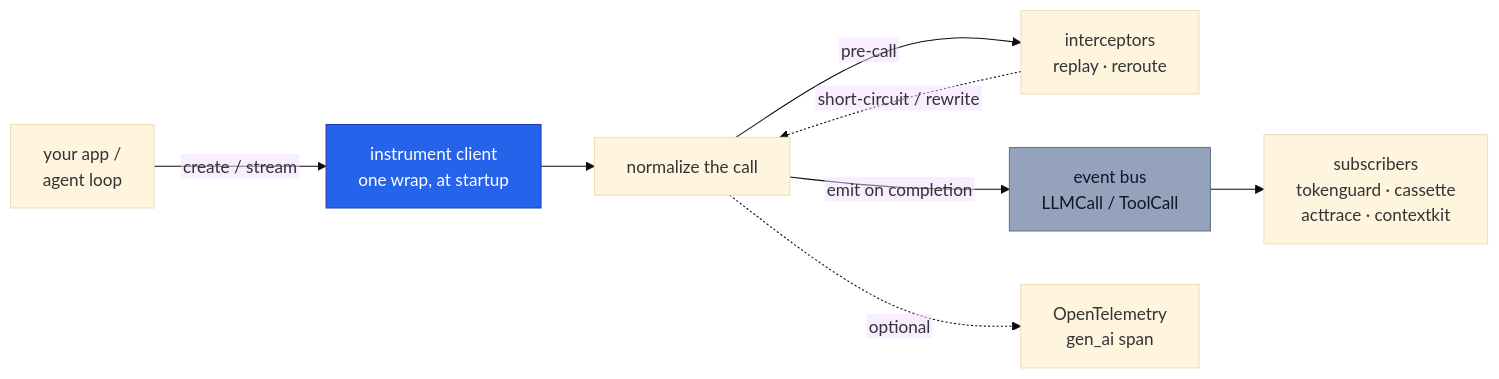
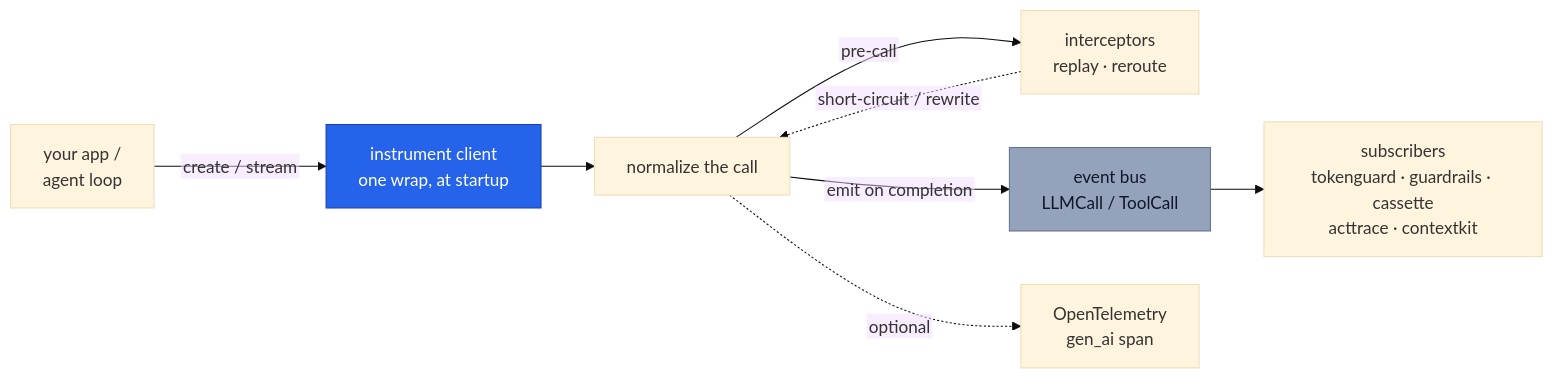
The diagram in docs/core.md (cendorhq/cendor-libs), drawn with Mermaid (base theme) before and after one commit. The commit also changed other lines of this file and 11 other files, not shown here.

````diff
--- a/docs/core.md
+++ b/docs/core.md
@@ -301,22 +301,22 @@
 ```mermaid
 %%{init: {"flowchart": {"htmlLabels": false}} }%%
 graph LR
     APP["your app /<br/>agent loop"]
     WRAP["instrument client<br/>one wrap, at startup"]
     SEAM["normalize the call"]
     INT["interceptors<br/>replay · reroute"]
     BUS["event bus<br/>LLMCall / ToolCall"]
-    SUBS["subscribers<br/>tokenguard · cassette<br/>acttrace · contextkit"]
+    SUBS["subscribers<br/>tokenguard · guardrails · cassette<br/>acttrace · contextkit"]
     OT["OpenTelemetry<br/>gen_ai span"]
 
     APP -->|"create / stream"| WRAP --> SEAM
     SEAM -->|"pre-call"| INT
     INT -.->|"short-circuit / rewrite"| SEAM
     SEAM -->|"emit on completion"| BUS --> SUBS
     SEAM -.->|"optional"| OT
 
     classDef seam fill:#2563EB,color:#ffffff,stroke:#1E40AF;
     classDef co fill:#94A3BB,color:#0F172A,stroke:#64748B;
     class WRAP seam;
     class BUS co;
 ```
````
